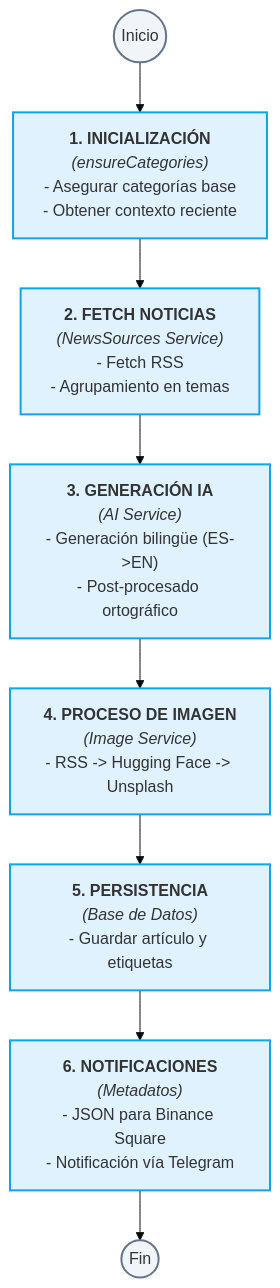
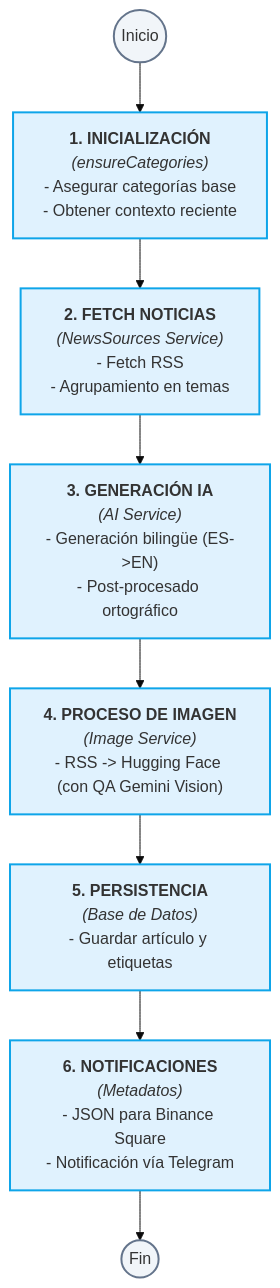
The first of 2 diagrams in docs/04 - Flujos de Trabajo.md (CarlosEmerito/EmeDotEme), drawn with Mermaid (base theme) before and after one commit. The commit also changed other lines of this file and 8 other files, not shown here.

First line of the commit message:
fix: enviar Referer y User-Agent de navegador al descargar imagen RSS para QA

````diff
--- a/docs/04 - Flujos de Trabajo.md
+++ b/docs/04 - Flujos de Trabajo.md
@@ -20,22 +20,22 @@
 ```mermaid
 graph TD
     classDef init fill:#f1f5f9,stroke:#64748b,stroke-width:2px;
     classDef step fill:#e0f2fe,stroke:#0ea5e9,stroke-width:2px;
     classDef alert fill:#fef3c7,stroke:#f59e0b,stroke-width:2px;
 
     Start((Inicio)):::init --> Step1
     
     Step1["<b>1. INICIALIZACIÓN</b><br/><i>(ensureCategories)</i><br/>- Asegurar categorías base<br/>- Obtener contexto reciente"]:::step --> Step2
     
     Step2["<b>2. FETCH NOTICIAS</b><br/><i>(NewsSources Service)</i><br/>- Fetch RSS<br/>- Agrupamiento en temas"]:::step --> Step3
     
     Step3["<b>3. GENERACIÓN IA</b><br/><i>(AI Service)</i><br/>- Generación bilingüe (ES->EN)<br/>- Post-procesado ortográfico"]:::step --> Step4
     
-    Step4["<b>4. PROCESO DE IMAGEN</b><br/><i>(Image Service)</i><br/>- RSS -> Hugging Face -> Unsplash"]:::step --> Step5
+    Step4["<b>4. PROCESO DE IMAGEN</b><br/><i>(Image Service)</i><br/>- RSS -> Hugging Face (con QA Gemini Vision)"]:::step --> Step5
     
     Step5["<b>5. PERSISTENCIA</b><br/><i>(Base de Datos)</i><br/>- Guardar artículo y etiquetas"]:::step --> Step6
     
     Step6["<b>6. NOTIFICACIONES</b><br/><i>(Metadatos)</i><br/>- JSON para Binance Square<br/>- Notificación vía Telegram"]:::step
     
     Step6 --> End((Fin)):::init
 ```
````
